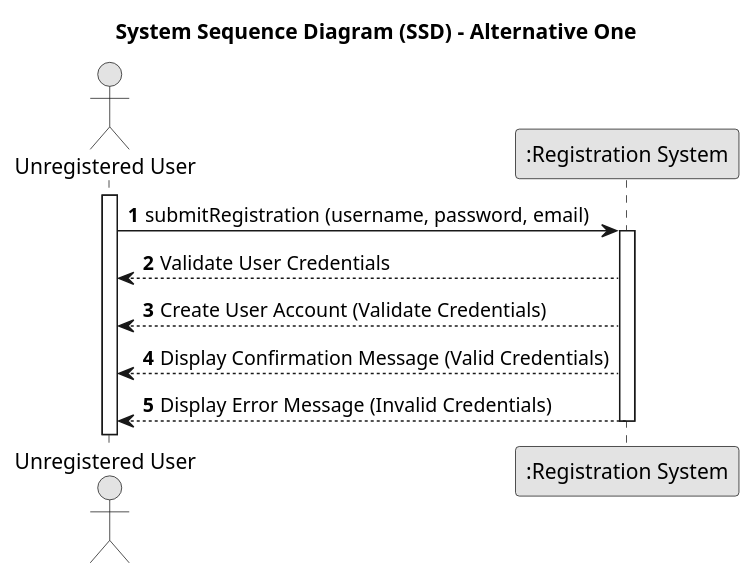
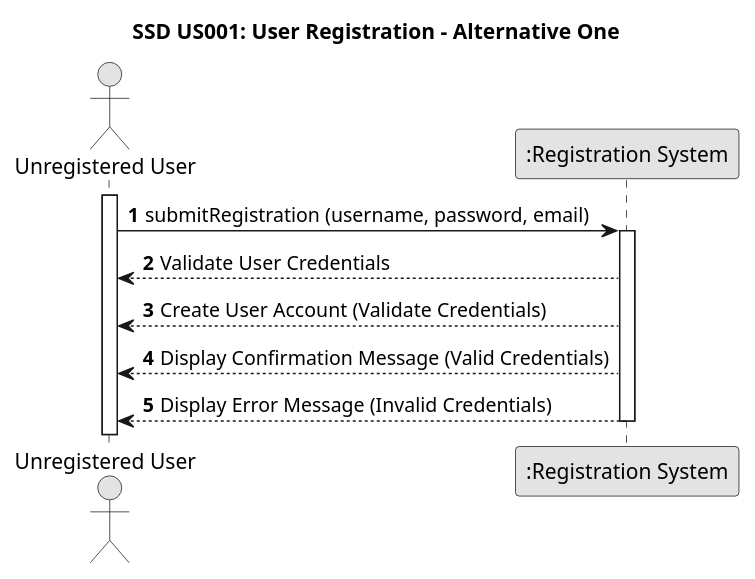
One commit to TiagoMagalhaes1232507/Testando-projeto changed the diagram in docs/sprint01/us001/01.requirements-engineering/puml/us001-system-sequence-diagram-alternative-one.puml. Above: the diagram before and after it, drawn with PlantUML. The commit also changed 8 other files, not shown here.

```diff
--- a/docs/sprint01/us001/01.requirements-engineering/puml/us001-system-sequence-diagram-alternative-one.puml
+++ b/docs/sprint01/us001/01.requirements-engineering/puml/us001-system-sequence-diagram-alternative-one.puml
@@ -1,27 +1,27 @@
-@startuml 
+@startuml
 skinparam monochrome true
 skinparam packageStyle rectangle
 skinparam shadowing false
 
-title System Sequence Diagram (SSD) - Alternative One
+title SSD US001: User Registration - Alternative One
 
 autonumber
 
 actor "Unregistered User" as User
 participant ":Registration System" as System
 
 activate User
 
     User -> System : submitRegistration (username, password, email)
     activate System
 
         System --> User : Validate User Credentials
     
         System --> User : Create User Account (Validate Credentials)
     
         System --> User : Display Confirmation Message (Valid Credentials)
     
         System --> User : Display Error Message (Invalid Credentials)
     
     deactivate System
 @enduml
```
